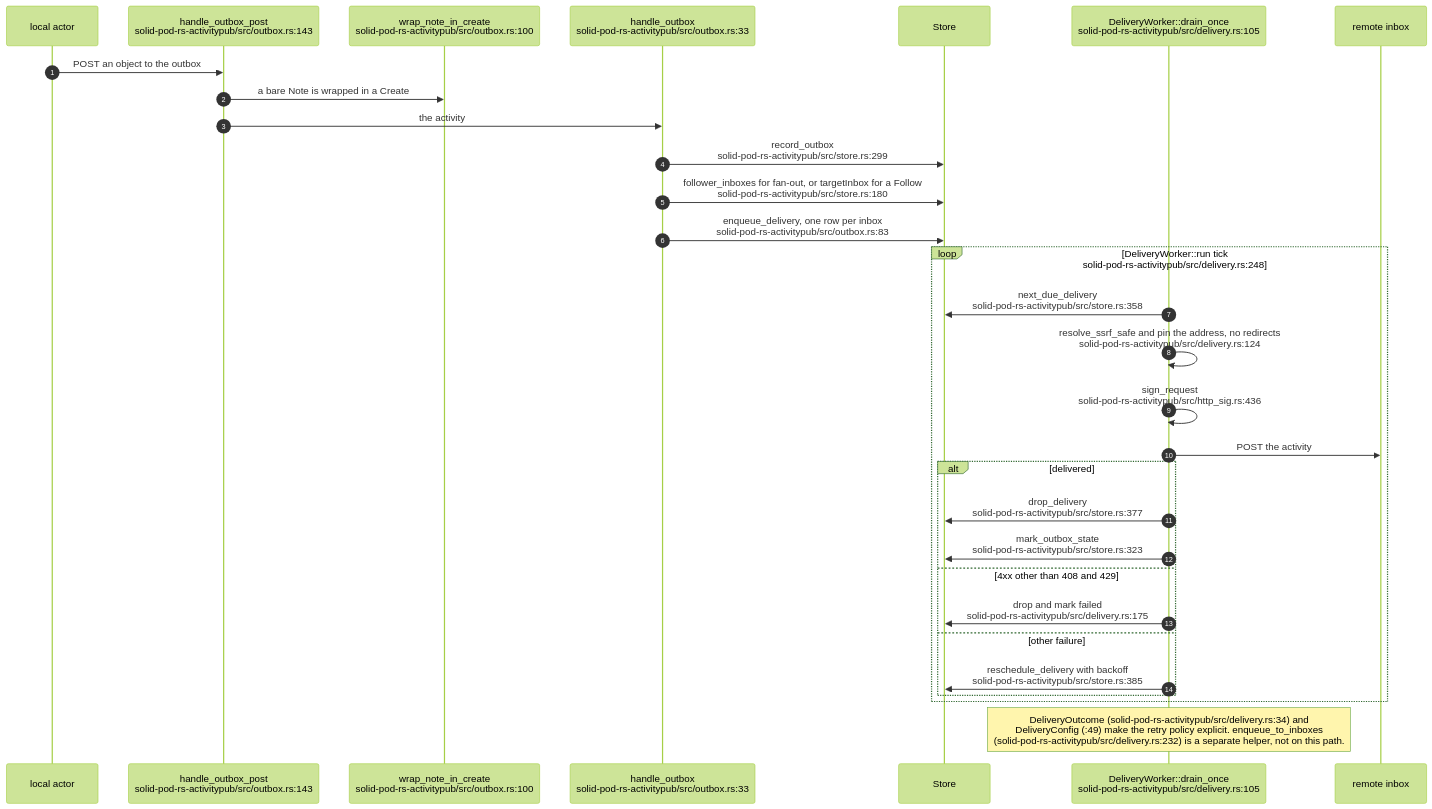
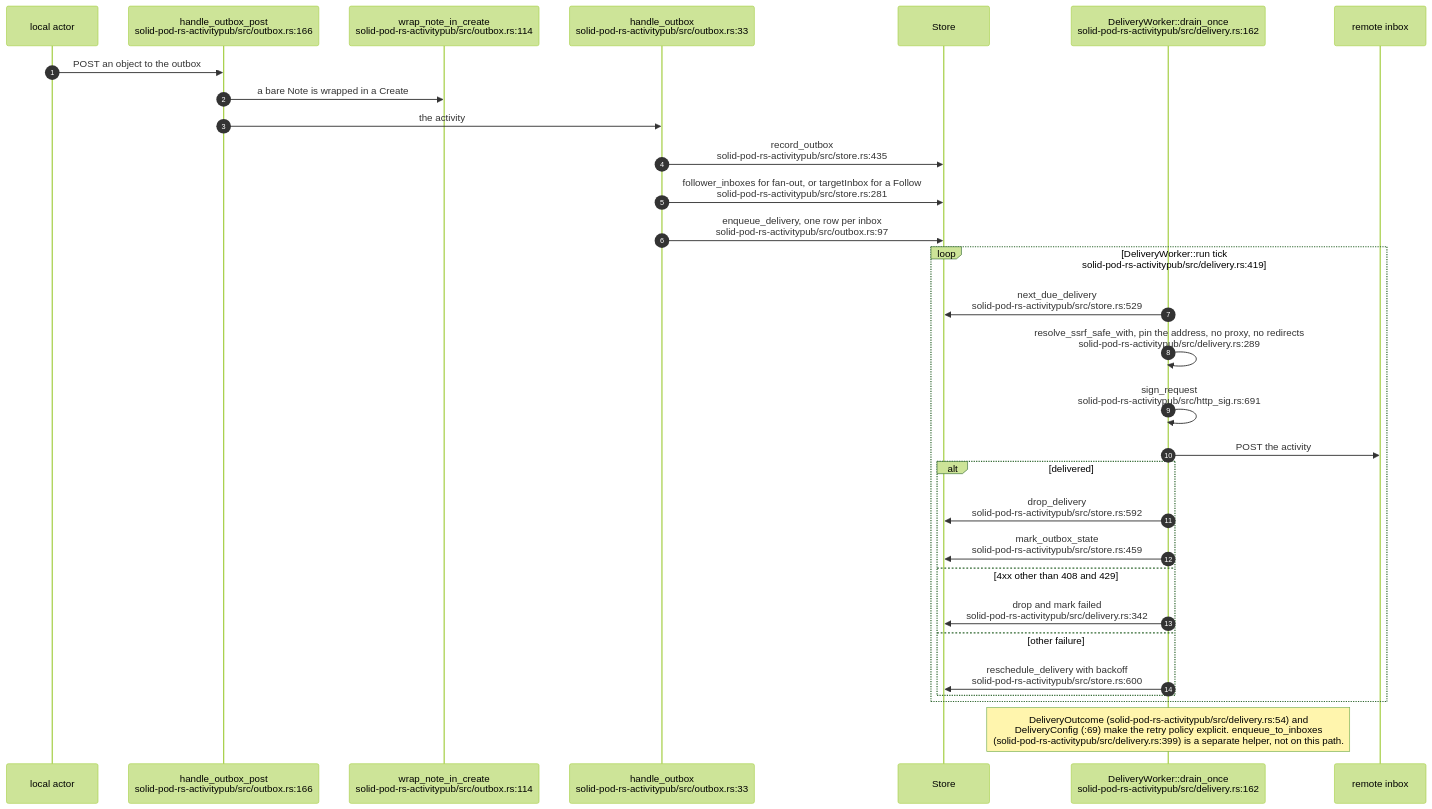
Before and after one commit to DreamLab-AI/VisionFlow: the sixth of 21 diagrams in docs/diagrams/solid-pod-rs/08-federation-notifications-forge-mcp.md, drawn with Mermaid (forest theme). The commit also changed other lines of this file and 1 other file, not shown here.

First line of the commit message:
docs(diagrams): SP-08, SP-14 re-verified at solid-pod-rs a28a748

````diff
--- a/docs/diagrams/solid-pod-rs/08-federation-notifications-forge-mcp.md
+++ b/docs/diagrams/solid-pod-rs/08-federation-notifications-forge-mcp.md
@@ -236,33 +240,33 @@
 ```mermaid
 sequenceDiagram
     autonumber
     participant L as local actor
-    participant O as handle_outbox_post<br/>solid-pod-rs-activitypub/src/outbox.rs:143
-    participant W as wrap_note_in_create<br/>solid-pod-rs-activitypub/src/outbox.rs:100
+    participant O as handle_outbox_post<br/>solid-pod-rs-activitypub/src/outbox.rs:166
+    participant W as wrap_note_in_create<br/>solid-pod-rs-activitypub/src/outbox.rs:114
     participant HO as handle_outbox<br/>solid-pod-rs-activitypub/src/outbox.rs:33
     participant S as Store
-    participant D as DeliveryWorker::drain_once<br/>solid-pod-rs-activitypub/src/delivery.rs:105
+    participant D as DeliveryWorker::drain_once<br/>solid-pod-rs-activitypub/src/delivery.rs:162
     participant R as remote inbox
 
     L->>O: POST an object to the outbox
     O->>W: a bare Note is wrapped in a Create
     O->>HO: the activity
-    HO->>S: record_outbox<br/>solid-pod-rs-activitypub/src/store.rs:299
-    HO->>S: follower_inboxes for fan-out, or targetInbox for a Follow<br/>solid-pod-rs-activitypub/src/store.rs:180
-    HO->>S: enqueue_delivery, one row per inbox<br/>solid-pod-rs-activitypub/src/outbox.rs:83
-    loop DeliveryWorker::run tick<br/>solid-pod-rs-activitypub/src/delivery.rs:248
-        D->>S: next_due_delivery<br/>solid-pod-rs-activitypub/src/store.rs:358
-        D->>D: resolve_ssrf_safe and pin the address, no redirects<br/>solid-pod-rs-activitypub/src/delivery.rs:124
-        D->>D: sign_request<br/>solid-pod-rs-activitypub/src/http_sig.rs:436
+    HO->>S: record_outbox<br/>solid-pod-rs-activitypub/src/store.rs:435
+    HO->>S: follower_inboxes for fan-out, or targetInbox for a Follow<br/>solid-pod-rs-activitypub/src/store.rs:281
+    HO->>S: enqueue_delivery, one row per inbox<br/>solid-pod-rs-activitypub/src/outbox.rs:97
+    loop DeliveryWorker::run tick<br/>solid-pod-rs-activitypub/src/delivery.rs:419
+        D->>S: next_due_delivery<br/>solid-pod-rs-activitypub/src/store.rs:529
+        D->>D: resolve_ssrf_safe_with, pin the address, no proxy, no redirects<br/>solid-pod-rs-activitypub/src/delivery.rs:289
+        D->>D: sign_request<br/>solid-pod-rs-activitypub/src/http_sig.rs:691
         D->>R: POST the activity
         alt delivered
-            D->>S: drop_delivery<br/>solid-pod-rs-activitypub/src/store.rs:377
-            D->>S: mark_outbox_state<br/>solid-pod-rs-activitypub/src/store.rs:323
+            D->>S: drop_delivery<br/>solid-pod-rs-activitypub/src/store.rs:592
+            D->>S: mark_outbox_state<br/>solid-pod-rs-activitypub/src/store.rs:459
         else 4xx other than 408 and 429
-            D->>S: drop and mark failed<br/>solid-pod-rs-activitypub/src/delivery.rs:175
+            D->>S: drop and mark failed<br/>solid-pod-rs-activitypub/src/delivery.rs:342
         else other failure
-            D->>S: reschedule_delivery with backoff<br/>solid-pod-rs-activitypub/src/store.rs:385
+            D->>S: reschedule_delivery with backoff<br/>solid-pod-rs-activitypub/src/store.rs:600
         end
     end
-    Note over D: DeliveryOutcome (solid-pod-rs-activitypub/src/delivery.rs:34) and<br/>DeliveryConfig (:49) make the retry policy explicit. enqueue_to_inboxes<br/>(solid-pod-rs-activitypub/src/delivery.rs:232) is a separate helper, not on this path.
+    Note over D: DeliveryOutcome (solid-pod-rs-activitypub/src/delivery.rs:54) and<br/>DeliveryConfig (:69) make the retry policy explicit. enqueue_to_inboxes<br/>(solid-pod-rs-activitypub/src/delivery.rs:399) is a separate helper, not on this path.
 ```
````
